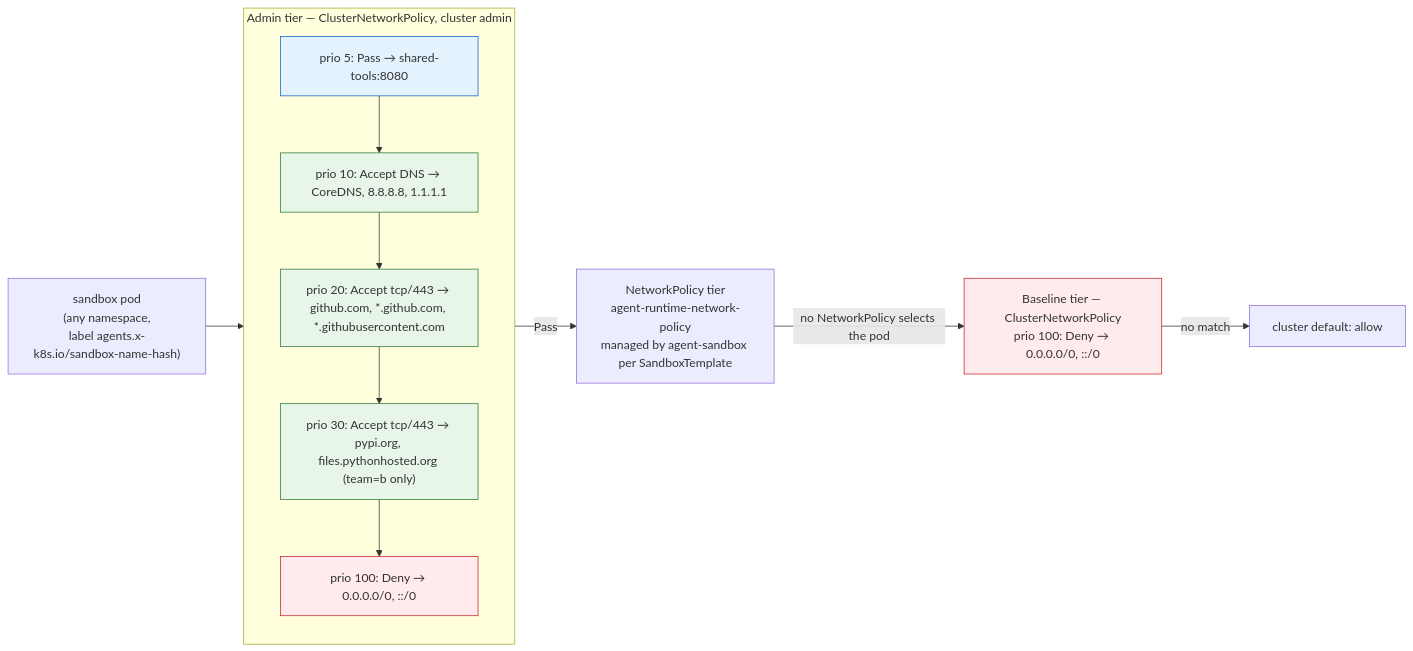
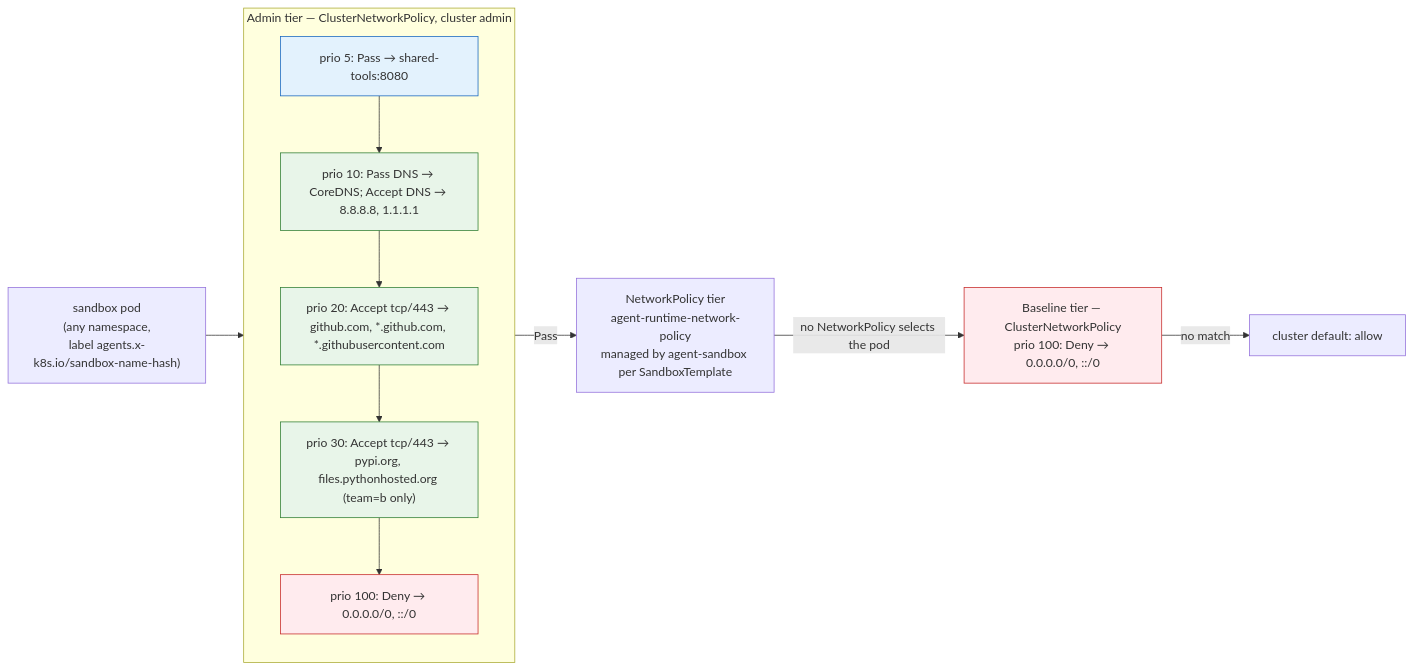
The diagram in examples/network-policy-api-sandbox/README.md (kubernetes-sigs/agent-sandbox), drawn with Mermaid before and after one commit. The commit also changed other lines of this file and 5 other files, not shown here.

First line of the commit message:
examples/network-policy-api-sandbox: Pass CoreDNS to the template's NetworkPolicy

````diff
--- a/examples/network-policy-api-sandbox/README.md
+++ b/examples/network-policy-api-sandbox/README.md
@@ -64,23 +65,23 @@
 ```mermaid
 flowchart LR
   P["sandbox pod<br/>(any namespace,<br/>label agents.x-k8s.io/sandbox-name-hash)"] --> A
 
   subgraph A["Admin tier — ClusterNetworkPolicy, cluster admin"]
     direction TB
     A5["prio 5: Pass → shared-tools:8080"]
-    A10["prio 10: Accept DNS → CoreDNS, 8.8.8.8, 1.1.1.1"]
+    A10["prio 10: Pass DNS → CoreDNS; Accept DNS → 8.8.8.8, 1.1.1.1"]
     A20["prio 20: Accept tcp/443 → github.com, *.github.com, *.githubusercontent.com"]
     A30["prio 30: Accept tcp/443 → pypi.org, files.pythonhosted.org (team=b only)"]
     A100["prio 100: Deny → 0.0.0.0/0, ::/0"]
     A5 --> A10 --> A20 --> A30 --> A100
   end
 
   A -- "Pass" --> N["NetworkPolicy tier<br/>agent-runtime-network-policy<br/>managed by agent-sandbox per SandboxTemplate"]
   N -- "no NetworkPolicy selects the pod" --> B["Baseline tier — ClusterNetworkPolicy<br/>prio 100: Deny → 0.0.0.0/0, ::/0"]
   B -- "no match" --> D["cluster default: allow"]
 
   classDef deny stroke:#c62828,fill:#ffebee;
   classDef ok stroke:#2e7d32,fill:#e8f5e9;
   classDef pass stroke:#1565c0,fill:#e3f2fd;
   class A100,B deny; class A10,A20,A30 ok; class A5 pass;
 ```
````
